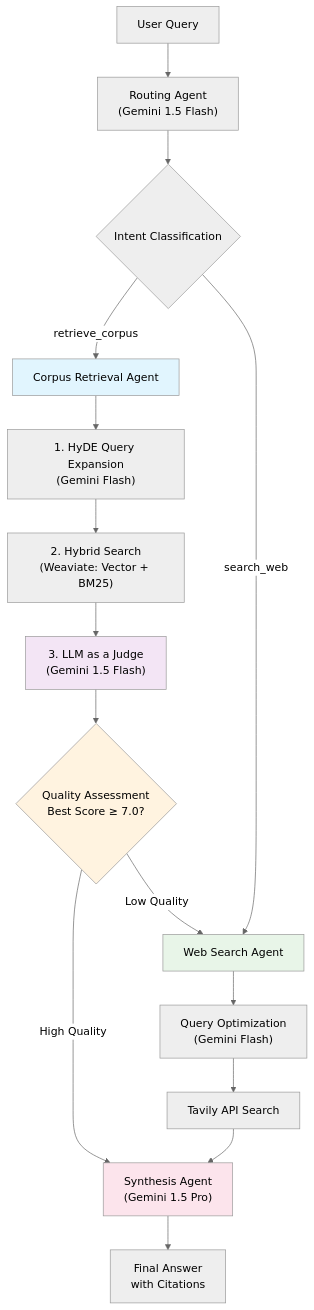
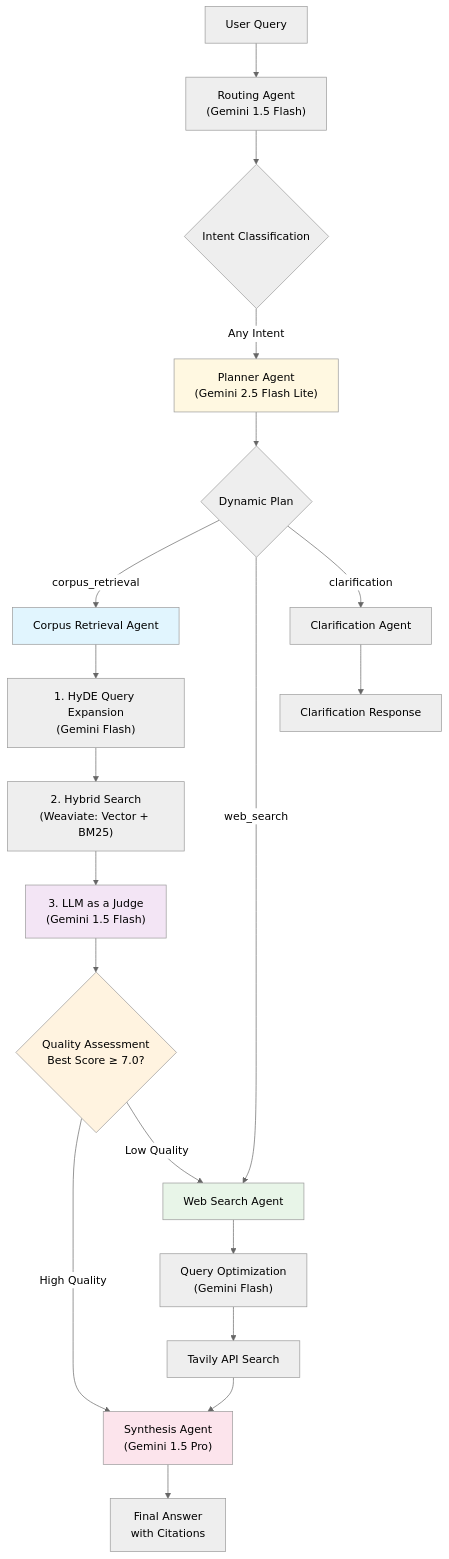
The diagram in README.md (Additrien/arc-fusion), drawn with Mermaid (neutral theme) before and after one commit. The commit also changed other lines of this file and 13 other files, not shown here.

Commit message:
Implemented LLM-based PlannerAgent to replace rule-based orchestrator, enabling dynamic agent execution planning with ReAct architecture foundations.

````diff
--- a/README.md
+++ b/README.md
@@ -60,28 +61,35 @@
 ```mermaid
 graph TD
     A["User Query"] --> B["Routing Agent<br/>(Gemini 1.5 Flash)"]
     B --> C{"Intent Classification"}
     
-    C -->|"retrieve_corpus"| D["Corpus Retrieval Agent"]
-    C -->|"search_web"| E["Web Search Agent"]
+    C -->|"Any Intent"| P["Planner Agent<br/>(Gemini 2.5 Flash Lite)"]
+    P --> D{"Dynamic Plan"}
     
-    D --> D1["1. HyDE Query Expansion<br/>(Gemini Flash)"]
-    D1 --> D2["2. Hybrid Search<br/>(Weaviate: Vector + BM25)"]
-    D2 --> D3["3. LLM as a Judge<br/>(Gemini 1.5 Flash)"]
-    D3 --> D4{"Quality Assessment<br/>Best Score ≥ 7.0?"}
+    D -->|"corpus_retrieval"| E["Corpus Retrieval Agent"]
+    D -->|"web_search"| F["Web Search Agent"]
+    D -->|"clarification"| G["Clarification Agent"]
     
-    D4 -->|"High Quality"| F["Synthesis Agent<br/>(Gemini 1.5 Pro)"]
-    D4 -->|"Low Quality"| E
+    E --> E1["1. HyDE Query Expansion<br/>(Gemini Flash)"]
+    E1 --> E2["2. Hybrid Search<br/>(Weaviate: Vector + BM25)"]
+    E2 --> E3["3. LLM as a Judge<br/>(Gemini 1.5 Flash)"]
+    E3 --> E4{"Quality Assessment<br/>Best Score ≥ 7.0?"}
     
-    E --> E1["Query Optimization<br/>(Gemini Flash)"]
-    E1 --> E2["Tavily API Search"]
-    E2 --> F
+    E4 -->|"High Quality"| H["Synthesis Agent<br/>(Gemini 1.5 Pro)"]
+    E4 -->|"Low Quality"| F
     
-    F --> G["Final Answer<br/>with Citations"]
+    F --> F1["Query Optimization<br/>(Gemini Flash)"]
+    F1 --> F2["Tavily API Search"]
+    F2 --> H
     
-    style D fill:#e1f5fe
-    style D3 fill:#f3e5f5
-    style D4 fill:#fff3e0
-    style E fill:#e8f5e8
-    style F fill:#fce4ec
+    G --> I["Clarification Response"]
+    
+    H --> J["Final Answer<br/>with Citations"]
+    
+    style E fill:#e1f5fe
+    style E3 fill:#f3e5f5
+    style E4 fill:#fff3e0
+    style F fill:#e8f5e8
+    style H fill:#fce4ec
+    style P fill:#fff8e1
 ```
````
